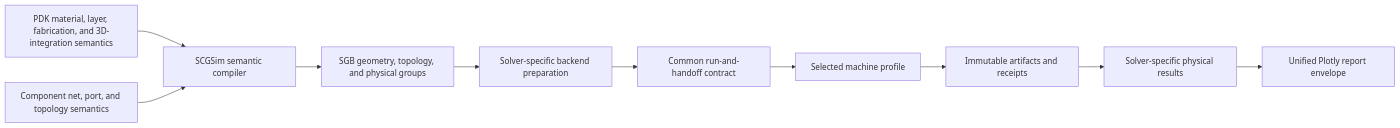
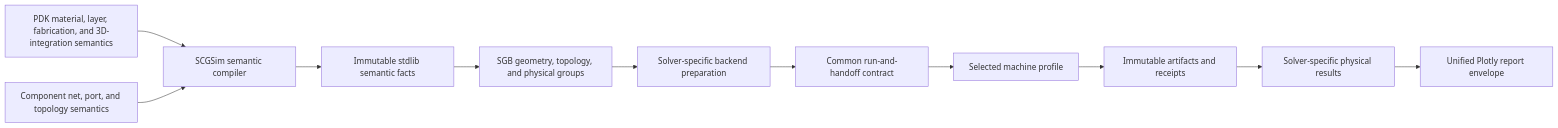
Before and after one commit to OrPenStrike/scgsim: the diagram in docs/architecture.qmd, drawn with Mermaid. The commit also changed other lines of this file and 13 other files, not shown here.

Commit message:
refactor: extract independent semantic core with preserved Palace behavior

````diff
--- a/docs/architecture.qmd
+++ b/docs/architecture.qmd
@@ -10,12 +10,14 @@
 ```{mermaid}
 flowchart LR
   PDK["PDK material, layer, fabrication, and 3D-integration semantics"] --> COMPILER["SCGSim semantic compiler"]
   COMPONENT["Component net, port, and topology semantics"] --> COMPILER
-  COMPILER --> SGB["SGB geometry, topology, and physical groups"]
+  COMPILER --> CORE["Immutable stdlib semantic facts"]
+  CORE --> SGB
+  SGB["SGB geometry, topology, and physical groups"]
   SGB --> BACKEND["Solver-specific backend preparation"]
   BACKEND --> HANDOFF["Common run-and-handoff contract"]
   HANDOFF --> PROFILE["Selected machine profile"]
   PROFILE --> ARTIFACTS["Immutable artifacts and receipts"]
   ARTIFACTS --> RESULTS["Solver-specific physical results"]
   RESULTS --> REPORT["Unified Plotly report envelope"]
 ```
````
